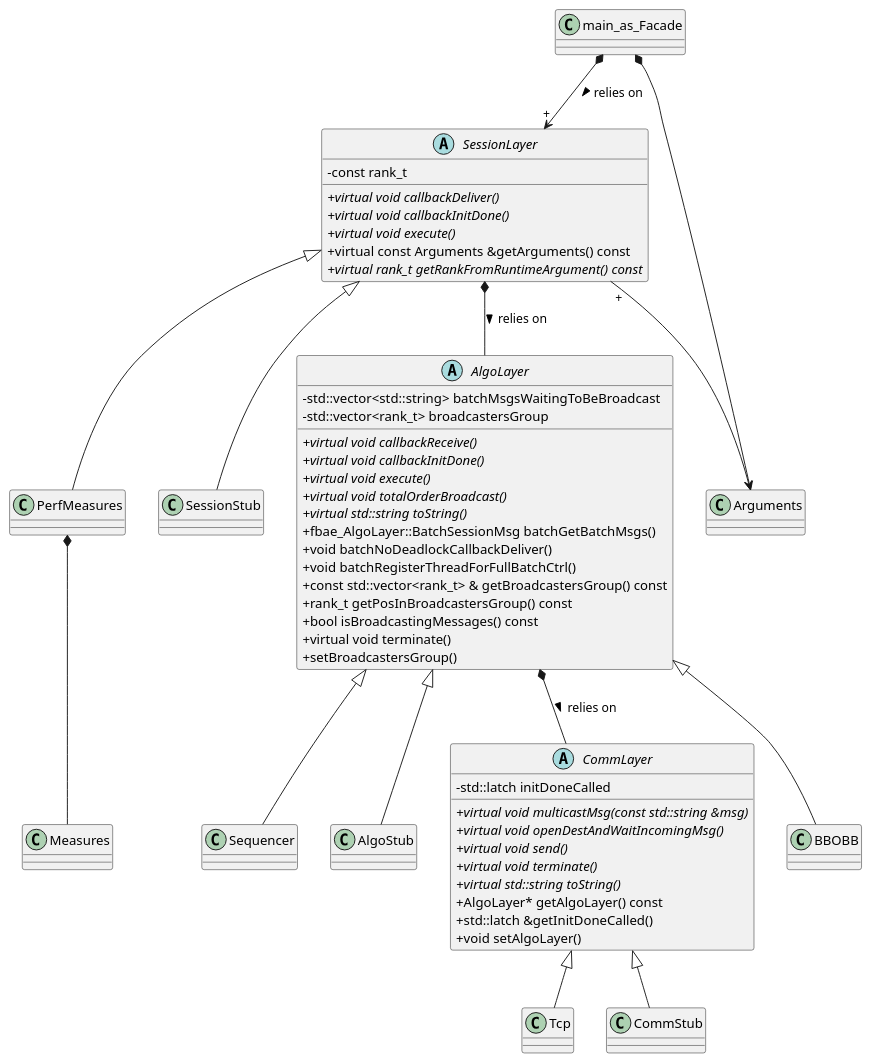
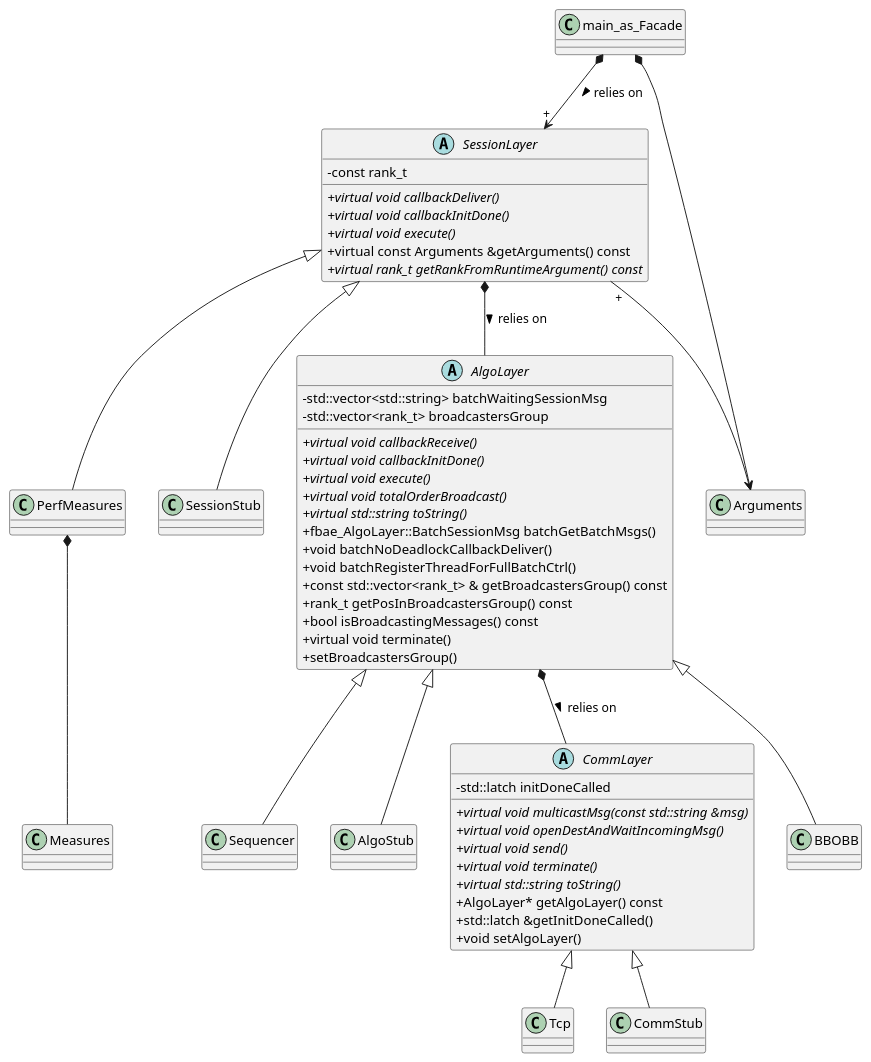
The diagram in doc/classDiagram.pu (SimaticResearchActivity/FBAE), drawn with PlantUML before and after one commit. The commit also changed 30 other files, not shown here.

```diff
--- a/doc/classDiagram.pu
+++ b/doc/classDiagram.pu
@@ -1,52 +1,52 @@
 @startuml
 skinparam classAttributeIconSize 0
 main_as_Facade *--> "+" SessionLayer : relies on >
 main_as_Facade *--> Arguments
 SessionLayer <|-- PerfMeasures
 SessionLayer <|-- SessionStub
 SessionLayer *-- AlgoLayer : relies on >
 SessionLayer "+" --> Arguments
 AlgoLayer <|-- BBOBB
 AlgoLayer <|-- Sequencer
 AlgoLayer <|-- AlgoStub
 AlgoLayer *-- CommLayer : relies on >
 CommLayer <|-- Tcp
 CommLayer <|-- CommStub
 PerfMeasures *-- Measures
 abstract class SessionLayer {
     - const rank_t 
     {abstract} + virtual void callbackDeliver()
     {abstract} + virtual void callbackInitDone()
     {abstract} + virtual void execute()
     + virtual const Arguments &getArguments() const
     {abstract} + virtual rank_t getRankFromRuntimeArgument() const
 }
 abstract class AlgoLayer {
-    - std::vector<std::string> batchMsgsWaitingToBeBroadcast
+    - std::vector<std::string> batchWaitingSessionMsg
     - std::vector<rank_t> broadcastersGroup
     {abstract} + virtual void callbackReceive()
     {abstract} + virtual void callbackInitDone()
     {abstract} + virtual void execute()
     {abstract} + virtual void totalOrderBroadcast()
     {abstract} + virtual std::string toString()
     + fbae_AlgoLayer::BatchSessionMsg batchGetBatchMsgs()
     + void batchNoDeadlockCallbackDeliver()
     + void batchRegisterThreadForFullBatchCtrl()
     + const std::vector<rank_t> & getBroadcastersGroup() const
     + rank_t getPosInBroadcastersGroup() const
     + bool isBroadcastingMessages() const
     + virtual void terminate()
     + setBroadcastersGroup()
 }
 abstract class CommLayer {
     - std::latch initDoneCalled
     {abstract} + virtual void multicastMsg(const std::string &msg)
     {abstract} + virtual void openDestAndWaitIncomingMsg()
     {abstract} + virtual void send()
     {abstract} + virtual void terminate()
     {abstract} + virtual std::string toString()
     + AlgoLayer* getAlgoLayer() const
     + std::latch &getInitDoneCalled()
     + void setAlgoLayer()
 }
 @enduml
```
